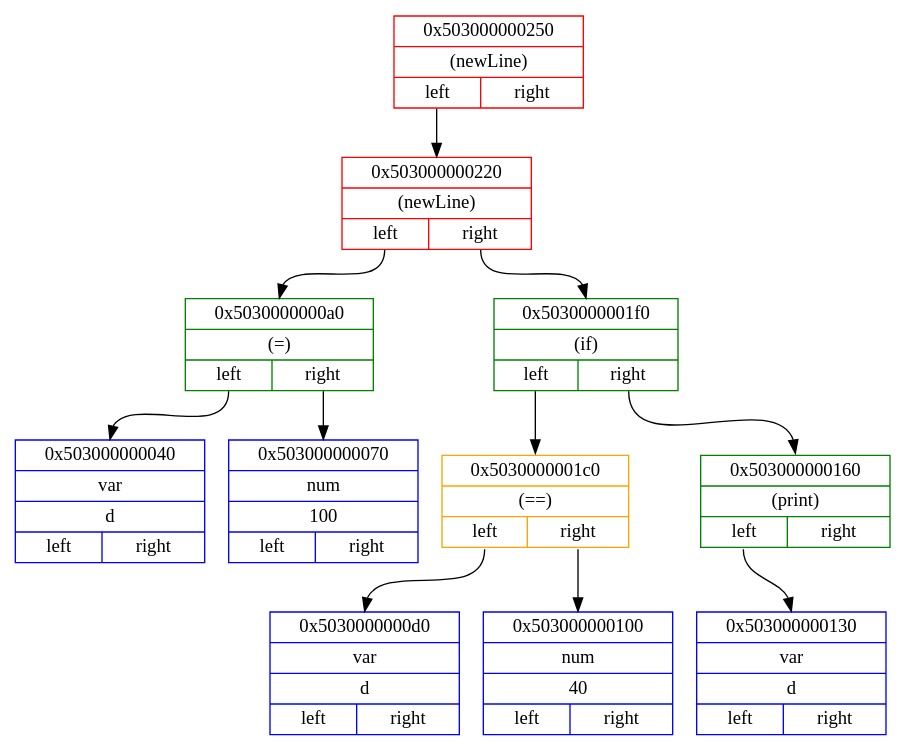
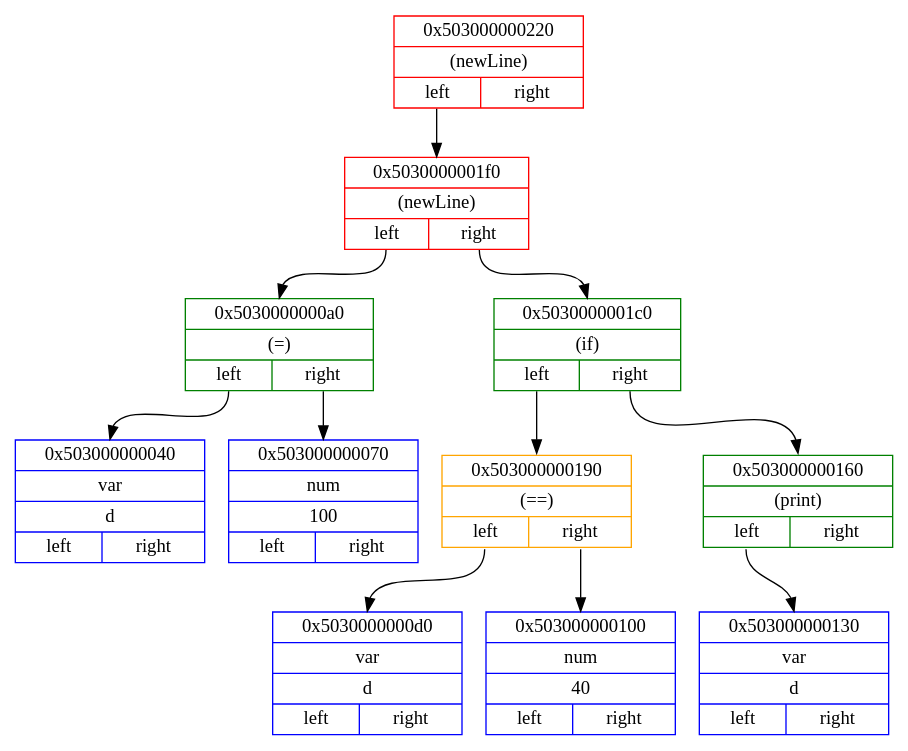
Before and after one commit to Matvey787/myProgLanguage: the diagram in predprocessingTree.dot, drawn with Graphviz. The commit also changed 74 other files, not shown here.

```diff
--- a/predprocessingTree.dot
+++ b/predprocessingTree.dot
@@ -1,26 +1,26 @@
 digraph
 { 
 rankdir=HR;
 
-node0x503000000250 [ shape=record, color = red rank = 1, label= "{ 0x503000000250 | (newLine) |         {<n0x503000000250_l> left | <n0x503000000250_r> right}} " ];
-node0x503000000220 [ shape=record, color = red rank = 2, label= "{ 0x503000000220 | (newLine) |         {<n0x503000000220_l> left | <n0x503000000220_r> right}} " ];
+node0x503000000220 [ shape=record, color = red rank = 1, label= "{ 0x503000000220 | (newLine) |         {<n0x503000000220_l> left | <n0x503000000220_r> right}} " ];
+node0x5030000001f0 [ shape=record, color = red rank = 2, label= "{ 0x5030000001f0 | (newLine) |         {<n0x5030000001f0_l> left | <n0x5030000001f0_r> right}} " ];
 node0x5030000000a0 [ shape=record, color = green rank = 3, label= "{ 0x5030000000a0 | (=) |         {<n0x5030000000a0_l> left | <n0x5030000000a0_r> right}} " ];
 node0x503000000040 [ shape=record, color = blue rank = 4, label= "{ 0x503000000040 | var | d |         {<n0x503000000040_l> left | <n0x503000000040_r> right}} " ];
 node0x5030000000a0:<n0x5030000000a0_l>:s -> node0x503000000040:n [ color = black; ]
 node0x503000000070 [ shape=record, color = blue rank = 5, label= "{ 0x503000000070 | num | 100 |         {<n0x503000000070_l> left | <n0x503000000070_r> right}} " ];
 node0x5030000000a0:<n0x5030000000a0_r>:s -> node0x503000000070:n [ color = black; ]
-node0x503000000220:<n0x503000000220_l>:s -> node0x5030000000a0:n [ color = black; ]
-node0x5030000001f0 [ shape=record, color = green rank = 4, label= "{ 0x5030000001f0 | (if) |         {<n0x5030000001f0_l> left | <n0x5030000001f0_r> right}} " ];
-node0x5030000001c0 [ shape=record, color = orange rank = 5, label= "{ 0x5030000001c0 | (==) |         {<n0x5030000001c0_l> left | <n0x5030000001c0_r> right}} " ];
+node0x5030000001f0:<n0x5030000001f0_l>:s -> node0x5030000000a0:n [ color = black; ]
+node0x5030000001c0 [ shape=record, color = green rank = 4, label= "{ 0x5030000001c0 | (if) |         {<n0x5030000001c0_l> left | <n0x5030000001c0_r> right}} " ];
+node0x503000000190 [ shape=record, color = orange rank = 5, label= "{ 0x503000000190 | (==) |         {<n0x503000000190_l> left | <n0x503000000190_r> right}} " ];
 node0x5030000000d0 [ shape=record, color = blue rank = 6, label= "{ 0x5030000000d0 | var | d |         {<n0x5030000000d0_l> left | <n0x5030000000d0_r> right}} " ];
-node0x5030000001c0:<n0x5030000001c0_l>:s -> node0x5030000000d0:n [ color = black; ]
+node0x503000000190:<n0x503000000190_l>:s -> node0x5030000000d0:n [ color = black; ]
 node0x503000000100 [ shape=record, color = blue rank = 7, label= "{ 0x503000000100 | num | 40 |         {<n0x503000000100_l> left | <n0x503000000100_r> right}} " ];
-node0x5030000001c0:<n0x5030000001c0_r>:s -> node0x503000000100:n [ color = black; ]
-node0x5030000001f0:<n0x5030000001f0_l>:s -> node0x5030000001c0:n [ color = black; ]
+node0x503000000190:<n0x503000000190_r>:s -> node0x503000000100:n [ color = black; ]
+node0x5030000001c0:<n0x5030000001c0_l>:s -> node0x503000000190:n [ color = black; ]
 node0x503000000160 [ shape=record, color = green rank = 6, label= "{ 0x503000000160 | (print) |         {<n0x503000000160_l> left | <n0x503000000160_r> right}} " ];
 node0x503000000130 [ shape=record, color = blue rank = 7, label= "{ 0x503000000130 | var | d |         {<n0x503000000130_l> left | <n0x503000000130_r> right}} " ];
 node0x503000000160:<n0x503000000160_l>:s -> node0x503000000130:n [ color = black; ]
-node0x5030000001f0:<n0x5030000001f0_r>:s -> node0x503000000160:n [ color = black; ]
-node0x503000000220:<n0x503000000220_r>:s -> node0x5030000001f0:n [ color = black; ]
-node0x503000000250:<n0x503000000250_l>:s -> node0x503000000220:n [ color = black; ]
+node0x5030000001c0:<n0x5030000001c0_r>:s -> node0x503000000160:n [ color = black; ]
+node0x5030000001f0:<n0x5030000001f0_r>:s -> node0x5030000001c0:n [ color = black; ]
+node0x503000000220:<n0x503000000220_l>:s -> node0x5030000001f0:n [ color = black; ]
 }
```
